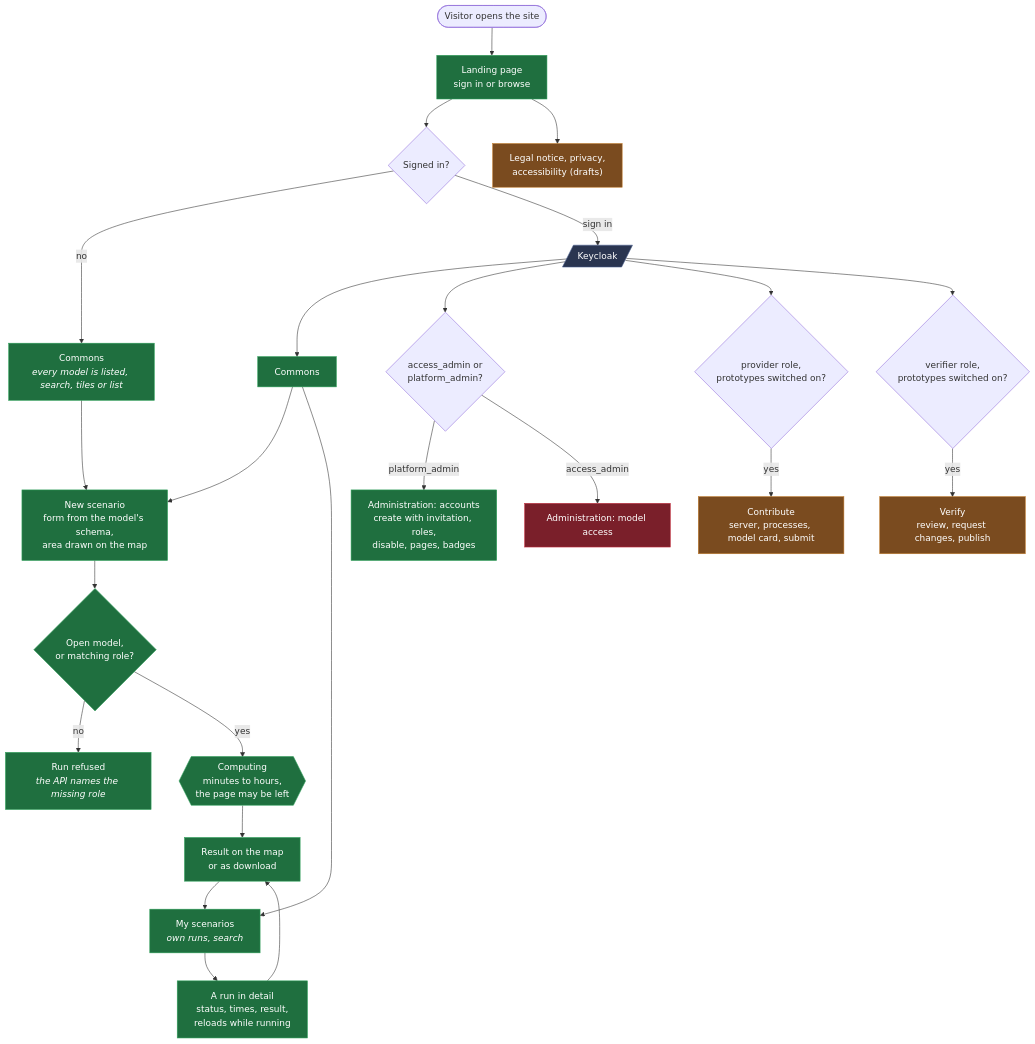
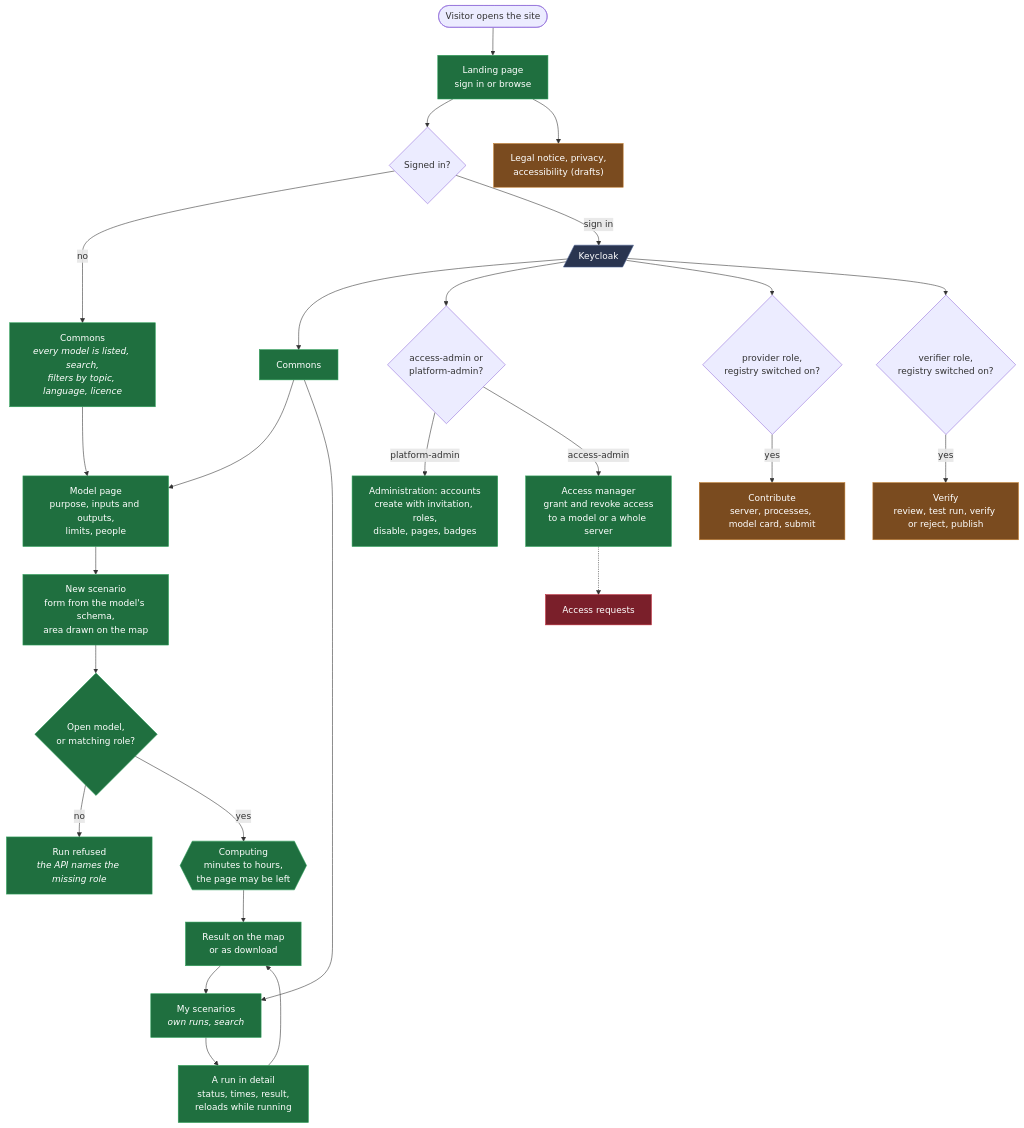
The first of 4 diagrams in docs/frontend-flow-en.md (Urban-Futures-Collective/ump-x-frontend), drawn with Mermaid before and after one commit. The commit also changed other lines of this file and 10 other files, not shown here.

First line of the commit message:
docs: bring docs up to the registry and access manager, in English

````diff
--- a/docs/frontend-flow-en.md
+++ b/docs/frontend-flow-en.md
@@ -18,48 +18,51 @@
 ```mermaid
 flowchart TD
     Start([Visitor opens the site])
     Start --> Landing["Landing page<br/>sign in or browse"]
 
     Landing --> Q{Signed in?}
 
-    Q -->|no| Anon["Commons<br/><i>every model is listed, search, tiles or list</i>"]
+    Q -->|no| Anon["Commons<br/><i>every model is listed, search,<br/>filters by topic, language, licence</i>"]
     Q -->|sign in| KC[/"Keycloak"/]
 
     KC --> Signed["Commons"]
 
-    Anon --> Run
-    Signed --> Run
+    Anon --> Card
+    Signed --> Card
+    Card["Model page<br/>purpose, inputs and outputs,<br/>limits, people"]
+    Card --> Run
 
     Run["New scenario<br/>form from the model's schema,<br/>area drawn on the map"]
     Run --> Allowed{"Open model,<br/>or matching role?"}
     Allowed -->|no| Denied["Run refused<br/><i>the API names the missing role</i>"]
     Allowed -->|yes| Wait{{"Computing<br/>minutes to hours,<br/>the page may be left"}}
     Wait --> Map["Result on the map<br/>or as download"]
 
     Signed --> Mine
     Map --> Mine
     Mine["My scenarios<br/><i>own runs, search</i>"]
     Mine --> Detail["A run in detail<br/>status, times, result,<br/>reloads while running"]
     Detail --> Map
 
-    KC --> AdminQ{"access_admin or<br/>platform_admin?"}
-    AdminQ -->|platform_admin| Accounts["Administration: accounts<br/>create with invitation, roles,<br/>disable, pages, badges"]
-    AdminQ -->|access_admin| Access["Administration: model access"]
+    KC --> AdminQ{"access-admin or<br/>platform-admin?"}
+    AdminQ -->|platform-admin| Accounts["Administration: accounts<br/>create with invitation, roles,<br/>disable, pages, badges"]
+    AdminQ -->|access-admin| Access["Access manager<br/>grant and revoke access<br/>to a model or a whole server"]
+    Access -.-> Requests["Access requests"]
 
-    KC --> Prov{"provider role,<br/>prototypes switched on?"}
+    KC --> Prov{"provider role,<br/>registry switched on?"}
     Prov -->|yes| Contribute["Contribute<br/>server, processes, model card, submit"]
-    KC --> Ver{"verifier role,<br/>prototypes switched on?"}
-    Ver -->|yes| Verify["Verify<br/>review, request changes, publish"]
+    KC --> Ver{"verifier role,<br/>registry switched on?"}
+    Ver -->|yes| Verify["Verify<br/>review, test run, verify or reject, publish"]
 
     Landing --> Legal["Legal notice, privacy,<br/>accessibility (drafts)"]
 
     classDef built fill:#1f6f3f,stroke:#2ea05a,color:#fff
     classDef placeholder fill:#7a4b1f,stroke:#c07a2a,color:#fff
     classDef missing fill:#7a1f2a,stroke:#c02a3a,color:#fff
     classDef external fill:#2a3550,stroke:#4a6090,color:#fff
 
-    class Landing,Anon,Signed,Run,Allowed,Denied,Wait,Map,Mine,Detail,Accounts built
+    class Landing,Anon,Signed,Card,Run,Allowed,Denied,Wait,Map,Mine,Detail,Accounts,Access built
     class Contribute,Verify,Legal placeholder
-    class Access missing
+    class Requests missing
     class KC external
 ```
````
